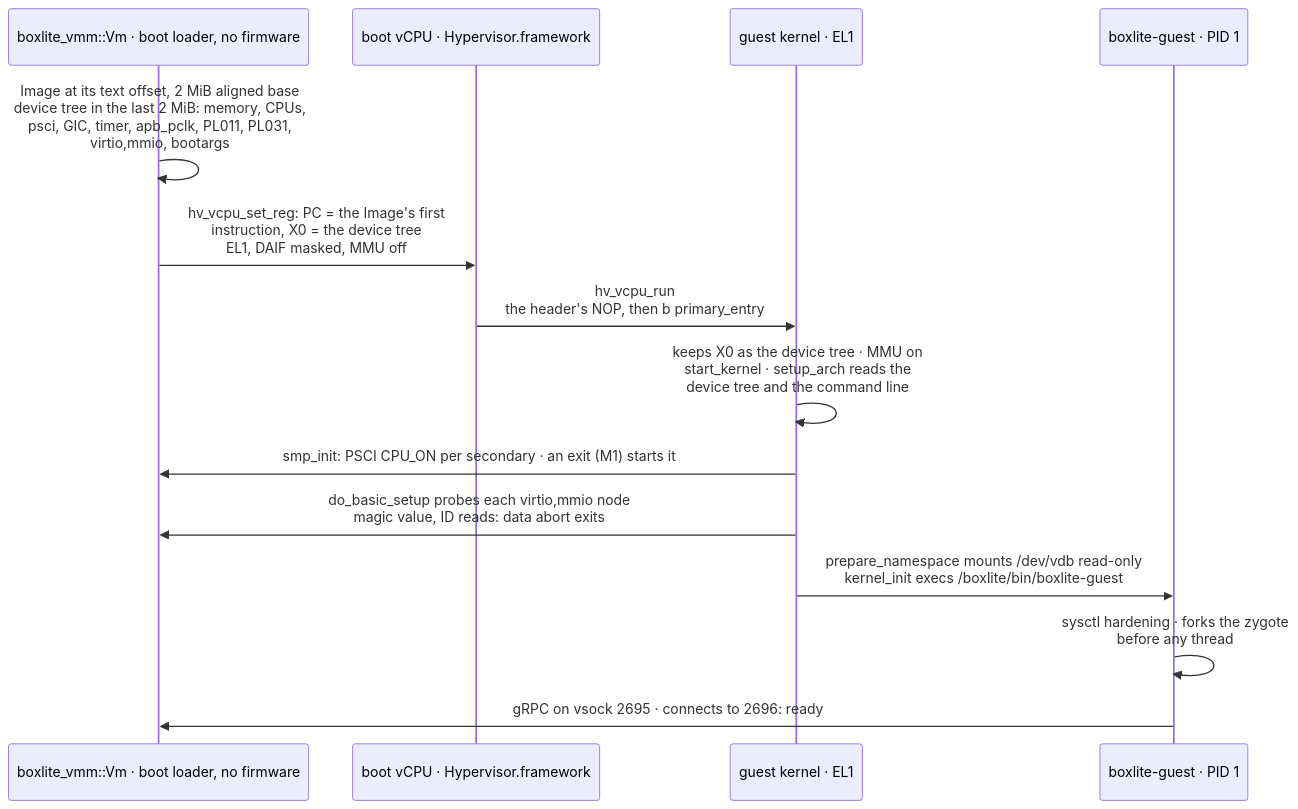
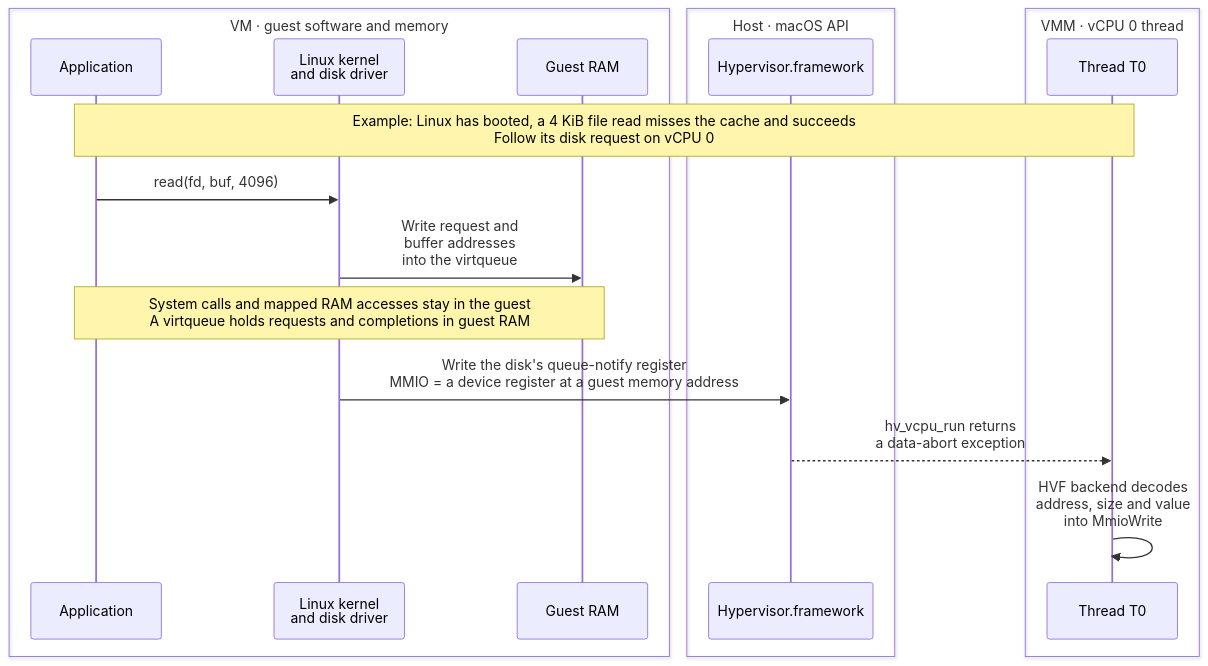
The fourth of 9 diagrams in docs/architecture/vmm/hvf.md (boxlite-ai/boxlite), drawn with Mermaid before and after one commit. The commit also changed other lines of this file and 3 other files, not shown here.

````diff
--- a/docs/architecture/vmm/hvf.md
+++ b/docs/architecture/vmm/hvf.md
@@ -116,25 +132,26 @@
 ```mermaid
 sequenceDiagram
-  participant vm as boxlite_vmm::Vm · boot loader, no firmware
-  participant vcpu as boot vCPU · Hypervisor.framework
-  participant kernel as guest kernel · EL1
-  participant init as boxlite-guest · PID 1
-  %% edge:b_load
-  vm->>vm: Image at its text offset, 2 MiB aligned base<br/>device tree in the last 2 MiB: memory, CPUs,<br/>psci, GIC, timer, apb_pclk, PL011, PL031,<br/>virtio,mmio, bootargs
-  %% edge:b_regs
-  vm->>vcpu: hv_vcpu_set_reg: PC = the Image's first<br/>instruction, X0 = the device tree<br/>EL1, DAIF masked, MMU off
-  %% edge:b_run
-  vcpu->>kernel: hv_vcpu_run<br/>the header's NOP, then b primary_entry
-  %% edge:b_head
-  kernel->>kernel: keeps X0 as the device tree · MMU on<br/>start_kernel · setup_arch reads the<br/>device tree and the command line
-  %% edge:b_smp
-  kernel->>vm: smp_init: PSCI CPU_ON per secondary · an exit (M1) starts it
-  %% edge:b_probe
-  kernel->>vm: do_basic_setup probes each virtio,mmio node<br/>magic value, ID reads: data abort exits
-  %% edge:b_exec
-  kernel->>init: prepare_namespace mounts /dev/vdb read-only<br/>kernel_init execs /boxlite/bin/boxlite-guest
-  %% edge:b_agent
-  init->>init: sysctl hardening · forks the zygote<br/>before any thread
-  %% edge:b_ready
-  init->>vm: gRPC on vsock 2695 · connects to 2696: ready
+  box VM · guest software and memory
+    participant program as Application
+    participant kernel as Linux kernel<br/>and disk driver
+    participant guest_ram as Guest RAM
+  end
+  box Host · macOS API
+    participant hvf as Hypervisor.framework
+  end
+  box VMM · vCPU 0 thread
+    participant thread0 as Thread T0
+  end
+  Note over program,thread0: Example: Linux has booted, a 4 KiB file read misses the cache and succeeds<br/>Follow its disk request on vCPU 0
+  %% edge:read_syscall
+  program->>kernel: read(fd, buf, 4096)
+  %% edge:read_queue
+  kernel->>guest_ram: Write request and<br/>buffer addresses<br/>into the virtqueue
+  Note over program,guest_ram: System calls and mapped RAM accesses stay in the guest<br/>A virtqueue holds requests and completions in guest RAM
+  %% edge:read_notify
+  kernel->>hvf: Write the disk's queue-notify register<br/>MMIO = a device register at a guest memory address
+  %% edge:read_exit
+  hvf-->>thread0: hv_vcpu_run returns<br/>a data-abort exception
+  %% edge:read_decode
+  thread0->>thread0: HVF backend decodes<br/>address, size and value<br/>into MmioWrite
 ```
````
